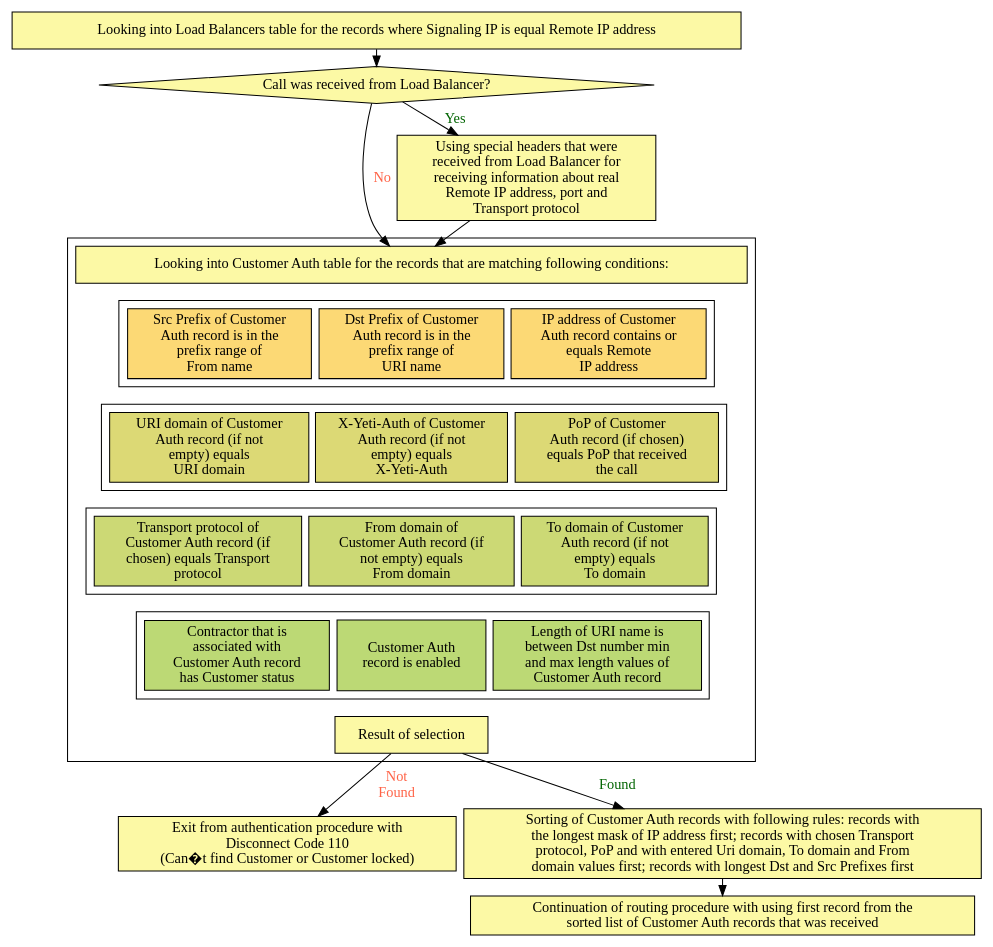
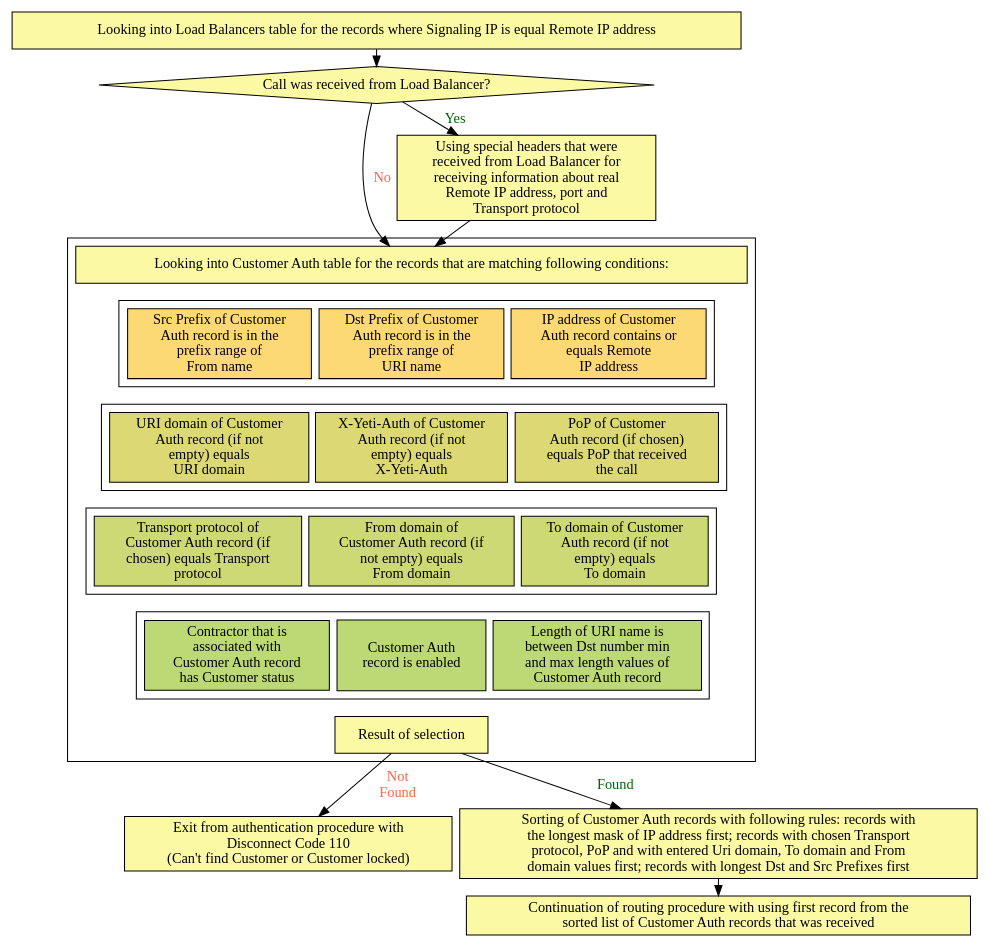
One commit to yeti-switch/doc changed the diagram in docs/en/graphviz/auth.dot. Above: the diagram before and after it, drawn with Graphviz.

```diff
--- a/docs/en/graphviz/auth.dot
+++ b/docs/en/graphviz/auth.dot
@@ -1,95 +1,95 @@
-    digraph Auth {
+digraph Auth {
 
-      node [style=filled; fillcolor="#FCF9A5"];
-      graph [nodesep=0.1, ranksep=0.001, mindist=0.01];
+    node [style=filled; fillcolor="#FCF9A5"];
+    graph [nodesep=0.1, ranksep=0.001, mindist=0.01];
 
-      subgraph cluster_dbfiltering {
+    subgraph cluster_dbfiltering {
 
         shape=doubleoctagon;
 
         block0 [label = "Looking into Customer Auth table for the records that are matching following conditions:"; shape=box; sides=4 ];
 
         subgraph cluster_dbfiltering1 {
 
             node [style=filled; fillcolor="#FCD975"];
 
             condition1;
             condition2;
             condition3;
-          }
+        }
 
         subgraph cluster_dbfiltering2 {
 
             node [style=filled; fillcolor="#DCD975"];
 
             condition4;
             condition5;
             condition6;
-          }
+        }
 
         subgraph cluster_dbfiltering3 {
 
             node [style=filled; fillcolor="#CCD975"];
 
             condition7;
             condition8;
             condition9;
-          }
+        }
 
         subgraph cluster_dbfiltering4 {
 
             node [style=filled; fillcolor="#BCD975"];
 
             condition10;
             condition11;
             condition12;
-          }
+        }
 
-          block00 [label = "Result of selection"; shape=box; sides=4 ];
+        block00 [label = "Result of selection"; shape=box; sides=4 ];
 
-      }
+    }
 
 
-      block1 [label = "Looking into Load Balancers table for the records where Signaling IP is equal Remote IP address"; shape=box; sides=4 ];
+    block1 [label = "Looking into Load Balancers table for the records where Signaling IP is equal Remote IP address"; shape=box; sides=4 ];
 
-      block2 [label = "Call was received from Load Balancer?"; shape=diamond];
+    block2 [label = "Call was received from Load Balancer?"; shape=diamond];
 
-      block3 [label = "Using special headers that were\n received from Load Balancer for\n receiving information about real\n Remote IP address, port and\n Transport protocol"; shape=box; sides=4];
+    block3 [label = "Using special headers that were\n received from Load Balancer for\n receiving information about real\n Remote IP address, port and\n Transport protocol"; shape=box; sides=4];
 
-      condition1 [label = "IP address of Customer\n Auth record contains or\n equals Remote\n IP address"; shape=box; sides=4];
-      condition2 [label = "Dst Prefix of Customer\n Auth record is in the\n prefix range of\n URI name"; shape=box; sides=4];
-      condition3 [label = "Src Prefix of Customer\n Auth record is in the\n prefix range of\n From name"; shape=box; sides=4];
-      condition4 [label = "PoP of Customer\n Auth record (if chosen)\n equals PoP that received\n the call"; shape=box; sides=4];
-      condition5 [label = "X-Yeti-Auth of Customer\n Auth record (if not\n empty) equals\n X-Yeti-Auth"; shape=box; sides=4];
-      condition6 [label = "URI domain of Customer\n Auth record (if not\n empty) equals\n URI domain"; shape=box; sides=4];
-      condition7 [label = "To domain of Customer\n Auth record (if not\n empty) equals\n To domain"; shape=box; sides=4];
-      condition8 [label = "From domain of\n Customer Auth record (if\n not empty) equals\n From domain"; shape=box; sides=4];
-      condition9 [label = "Transport protocol of\n Customer Auth record (if\n chosen) equals Transport\n protocol"; shape=box; sides=4];
-      condition10 [label = "Length of URI name is\n between Dst number min\n and max length values of\n Customer Auth record"; shape=box; sides=4];
-      condition11 [label = "\nCustomer Auth\n record is enabled\n "; shape=box; sides=4];
-      condition12 [label = "Contractor that is\n associated with\n Customer Auth record\n has Customer status"; shape=box; sides=4];
+    condition1 [label = "IP address of Customer\n Auth record contains or\n equals Remote\n IP address"; shape=box; sides=4];
+    condition2 [label = "Dst Prefix of Customer\n Auth record is in the\n prefix range of\n URI name"; shape=box; sides=4];
+    condition3 [label = "Src Prefix of Customer\n Auth record is in the\n prefix range of\n From name"; shape=box; sides=4];
+    condition4 [label = "PoP of Customer\n Auth record (if chosen)\n equals PoP that received\n the call"; shape=box; sides=4];
+    condition5 [label = "X-Yeti-Auth of Customer\n Auth record (if not\n empty) equals\n X-Yeti-Auth"; shape=box; sides=4];
+    condition6 [label = "URI domain of Customer\n Auth record (if not\n empty) equals\n URI domain"; shape=box; sides=4];
+    condition7 [label = "To domain of Customer\n Auth record (if not\n empty) equals\n To domain"; shape=box; sides=4];
+    condition8 [label = "From domain of\n Customer Auth record (if\n not empty) equals\n From domain"; shape=box; sides=4];
+    condition9 [label = "Transport protocol of\n Customer Auth record (if\n chosen) equals Transport\n protocol"; shape=box; sides=4];
+    condition10 [label = "Length of URI name is\n between Dst number min\n and max length values of\n Customer Auth record"; shape=box; sides=4];
+    condition11 [label = "\nCustomer Auth\n record is enabled\n "; shape=box; sides=4];
+    condition12 [label = "Contractor that is\n associated with\n Customer Auth record\n has Customer status"; shape=box; sides=4];
 
-      block4 [label = "Exit from authentication procedure with\n Disconnect Code 110\n (Can�t find Customer or Customer locked)"; shape=box; sides=4];
+    block4 [label = "Exit from authentication procedure with\n Disconnect Code 110\n (Can't find Customer or Customer locked)"; shape=box; sides=4];
 
-      block5 [label = "Sorting of Customer Auth records with following rules: records with\n the longest mask of IP address first; records with chosen Transport\n protocol, PoP and with entered Uri domain, To domain and From\n domain values first; records with longest Dst and Src Prefixes first"; shape=box; sides=4];
+    block5 [label = "Sorting of Customer Auth records with following rules: records with\n the longest mask of IP address first; records with chosen Transport\n protocol, PoP and with entered Uri domain, To domain and From\n domain values first; records with longest Dst and Src Prefixes first"; shape=box; sides=4];
 
-      block6 [label = "Continuation of routing procedure with using first record from the\n sorted list of Customer Auth records that was received"; shape=box; sides=4];
+    block6 [label = "Continuation of routing procedure with using first record from the\n sorted list of Customer Auth records that was received"; shape=box; sides=4];
 
-      block1 -> block2;
-      block2 -> block3 [ label = "Yes"; fontcolor = "darkgreen" ];
-      block2 -> block0 [ label = "No" ; fontcolor = "tomato"];
-      block3 -> block0;
+    block1 -> block2;
+    block2 -> block3 [ label = "Yes"; fontcolor = "darkgreen" ];
+    block2 -> block0 [ label = "No" ; fontcolor = "tomato"];
+    block3 -> block0;
 
-      condition11 -> block00 [style=invis];
+    condition11 -> block00 [style=invis];
 
-      block00 -> block4 [ label = "Not\n Found"; fontcolor = "tomato" ];
-      block00 -> block5 [ label = "Found"; fontcolor = "darkgreen" ];
-      block5 -> block6;
+    block00 -> block4 [ label = "Not\n Found"; fontcolor = "tomato" ];
+    block00 -> block5 [ label = "Found"; fontcolor = "darkgreen" ];
+    block5 -> block6;
 
 
-      block0 -> condition2 [style=invis];
-      condition2 -> condition5 [style=invis];
-      condition5 -> condition8 [style=invis];
-      condition8 -> condition11 [style=invis];
+    block0 -> condition2 [style=invis];
+    condition2 -> condition5 [style=invis];
+    condition5 -> condition8 [style=invis];
+    condition8 -> condition11 [style=invis];
 
-    }
+}
```
